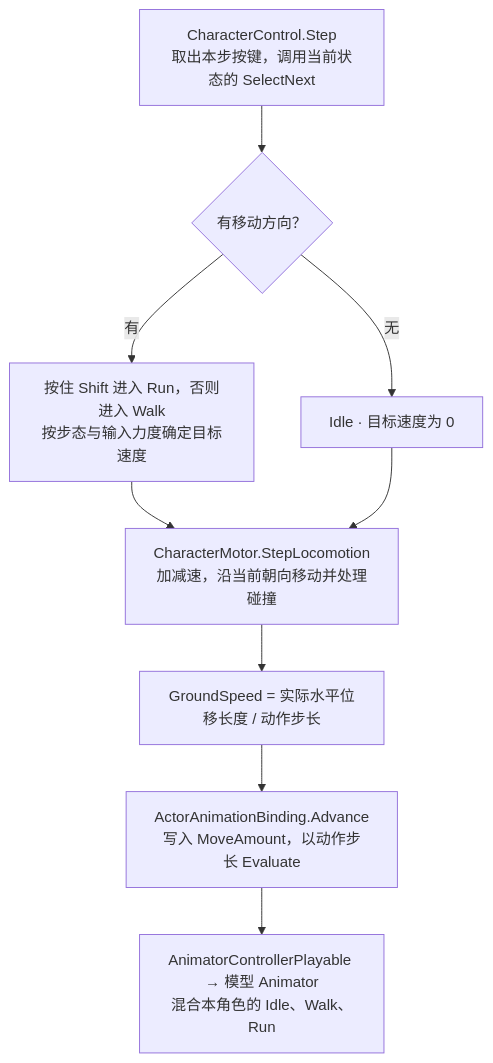
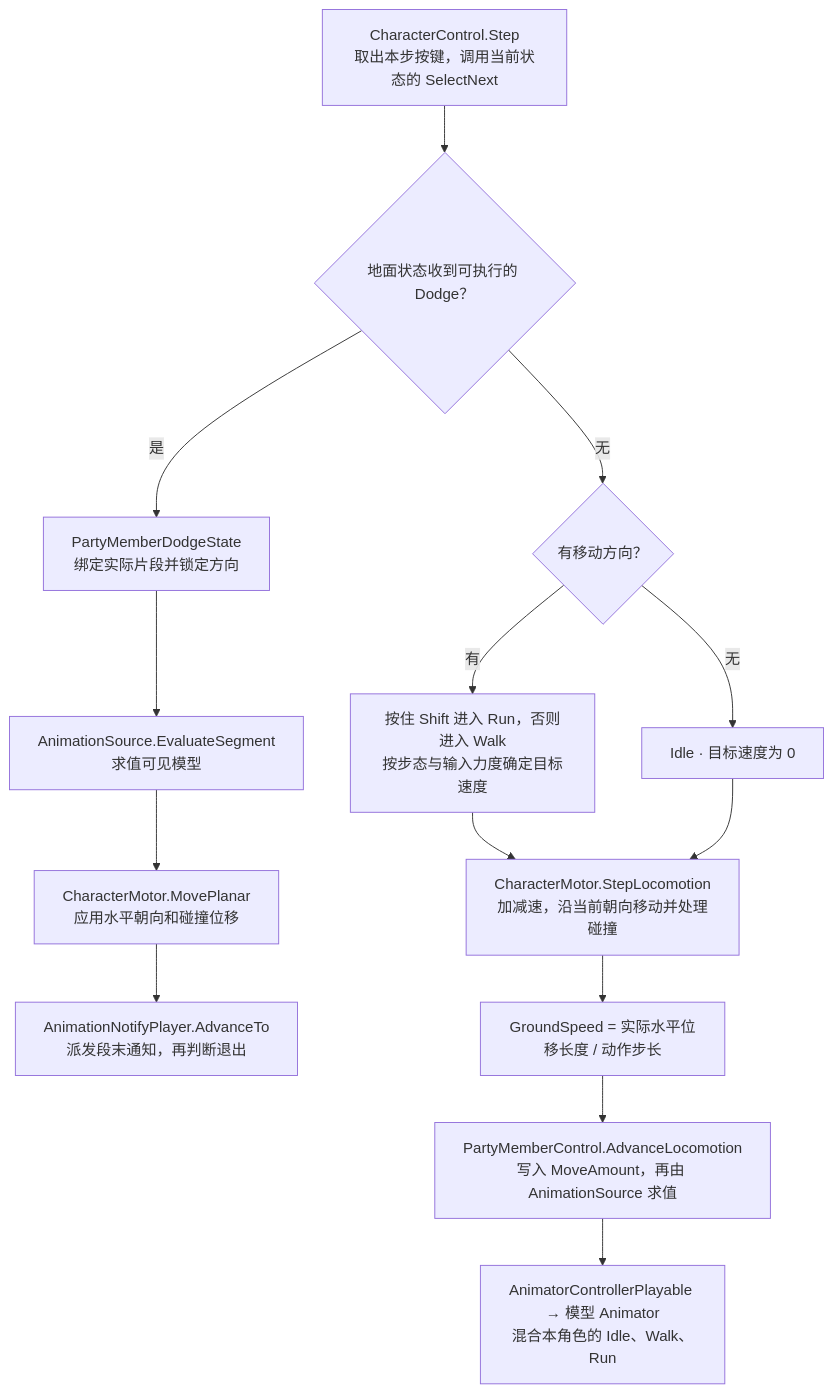
The fourth of 5 diagrams in Docs/项目运行流程图.md (emt11/Arknights-Endfield-Demo), drawn with Mermaid before and after one commit. The commit also changed other lines of this file and 61 other files, not shown here.

````diff
--- a/Docs/项目运行流程图.md
+++ b/Docs/项目运行流程图.md
@@ -64,12 +64,17 @@
 ```mermaid
 flowchart TB
     step["CharacterControl.Step<br/>取出本步按键，调用当前状态的 SelectNext"]
-    step --> dir{"有移动方向？"}
+    step --> dodge{"地面状态收到可执行的 Dodge？"}
+    dodge -->|是| dash["PartyMemberDodgeState<br/>绑定实际片段并锁定方向"]
+    dash --> evaluate["AnimationSource.EvaluateSegment<br/>求值可见模型"]
+    evaluate --> apply["CharacterMotor.MovePlanar<br/>应用水平朝向和碰撞位移"]
+    apply --> notify["AnimationNotifyPlayer.AdvanceTo<br/>派发段末通知，再判断退出"]
+    dodge -->|无| dir{"有移动方向？"}
     dir -->|无| idle["Idle · 目标速度为 0"]
     dir -->|有| move["按住 Shift 进入 Run，否则进入 Walk<br/>按步态与输入力度确定目标速度"]
     move --> motor["CharacterMotor.StepLocomotion<br/>加减速，沿当前朝向移动并处理碰撞"]
     idle --> motor
     motor --> speed["GroundSpeed = 实际水平位移长度 / 动作步长"]
-    speed --> anim["ActorAnimationBinding.Advance<br/>写入 MoveAmount，以动作步长 Evaluate"]
+    speed --> anim["PartyMemberControl.AdvanceLocomotion<br/>写入 MoveAmount，再由 AnimationSource 求值"]
     anim --> pose["AnimatorControllerPlayable → 模型 Animator<br/>混合本角色的 Idle、Walk、Run"]
 ```
````
